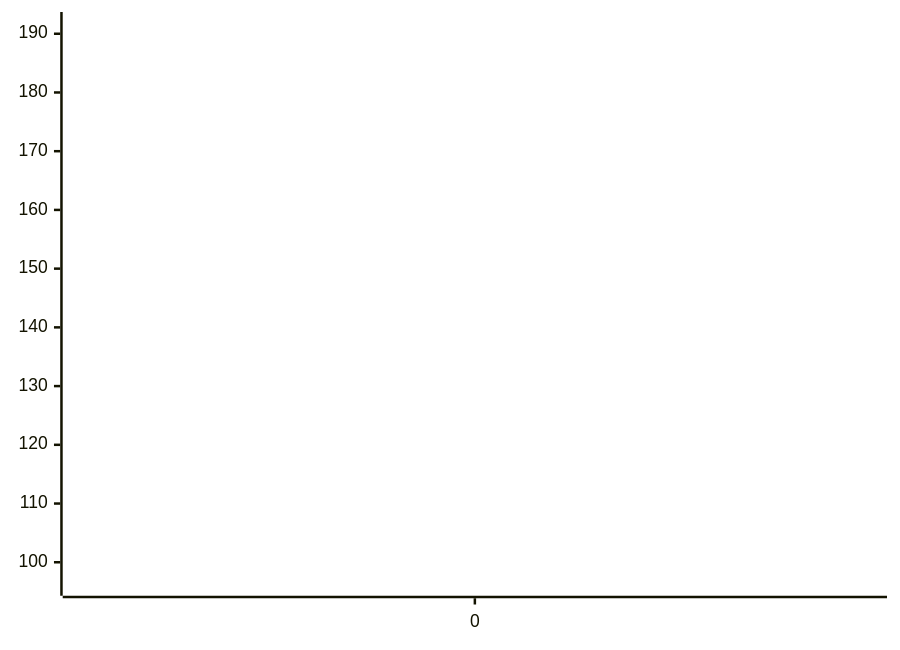
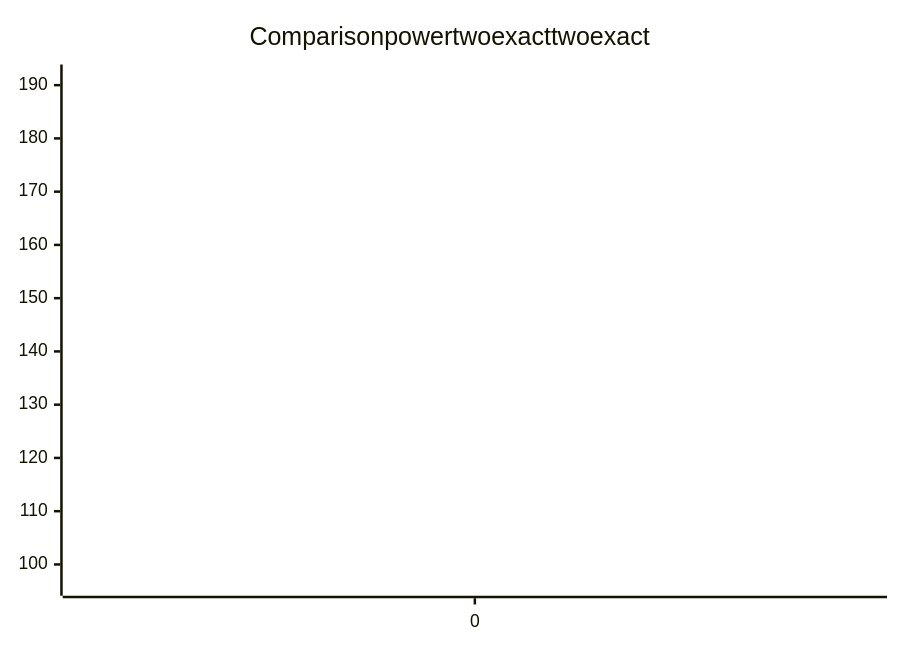
Before and after one commit to FeldmeierMichael/Exact-Power-Synthesis: the diagram in benchmark.md, drawn with Mermaid. The commit also changed other lines of this file and 2 other files, not shown here.

````diff
--- a/benchmark.md
+++ b/benchmark.md
@@ -11,6 +11,7 @@
 ```mermaid
 xychart-beta
+    title Comparison powertwoexact twoexact
     x-axis [0]
     line [96]
     line [192]
 ```
````
